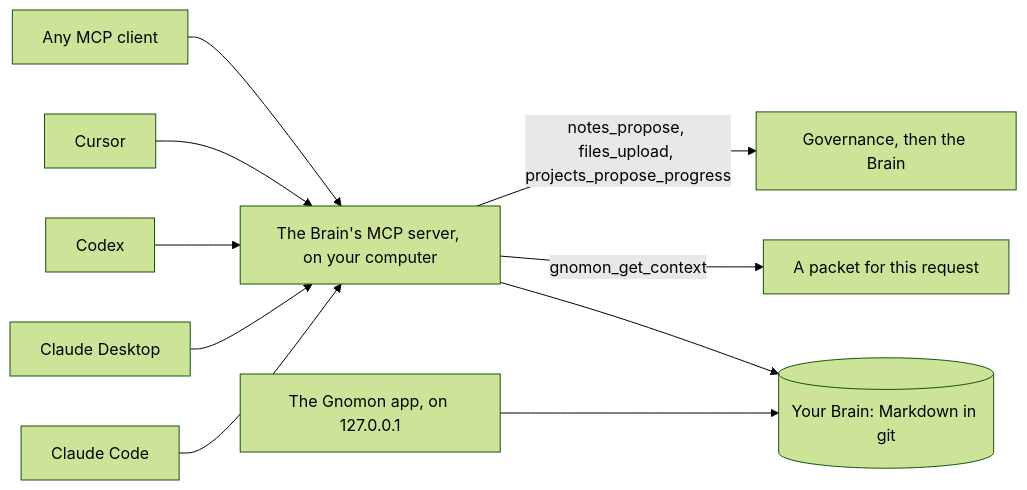
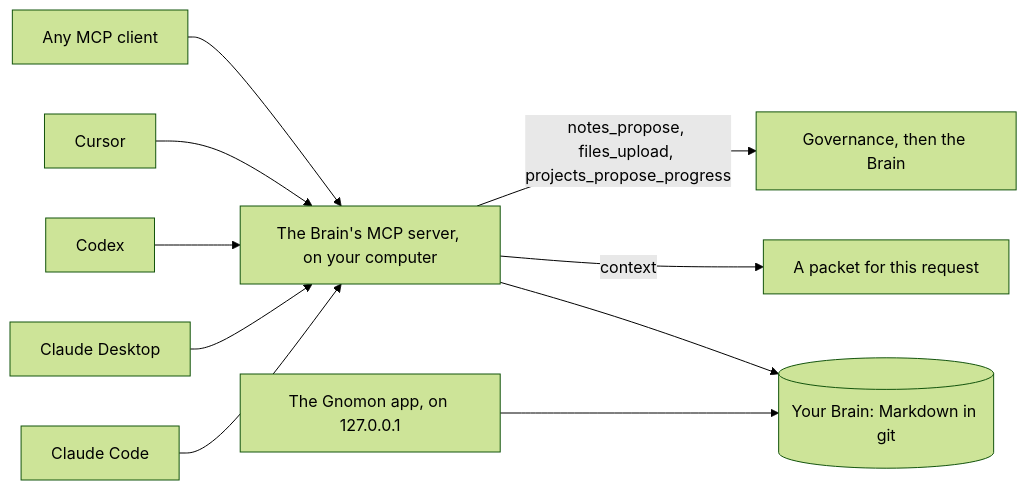
One commit to rami-guzlan/Contxt changed the fourth of 4 diagrams in README.md. Above: the diagram before and after it, drawn with Mermaid (forest theme). The commit also changed other lines of this file and 32 other files, not shown here.

First line of the commit message:
Brain MCP in three tools: context, brain(action), propose(kind)

````diff
--- a/README.md
+++ b/README.md
@@ -147,12 +147,12 @@
 ```mermaid
 flowchart LR
     CC["Claude Code"] --> MCP
     CD["Claude Desktop"] --> MCP
     CX["Codex"] --> MCP
     CU["Cursor"] --> MCP
     OT["Any MCP client"] --> MCP
     MCP["The Brain's MCP server, on your computer"] --> B[("Your Brain: Markdown in git")]
     APP["The Gnomon app, on 127.0.0.1"] --> B
-    MCP -->|"gnomon_get_context"| PK["A packet for this request"]
+    MCP -->|"context"| PK["A packet for this request"]
     MCP -->|"notes_propose, files_upload, projects_propose_progress"| GV["Governance, then the Brain"]
 ```
````
